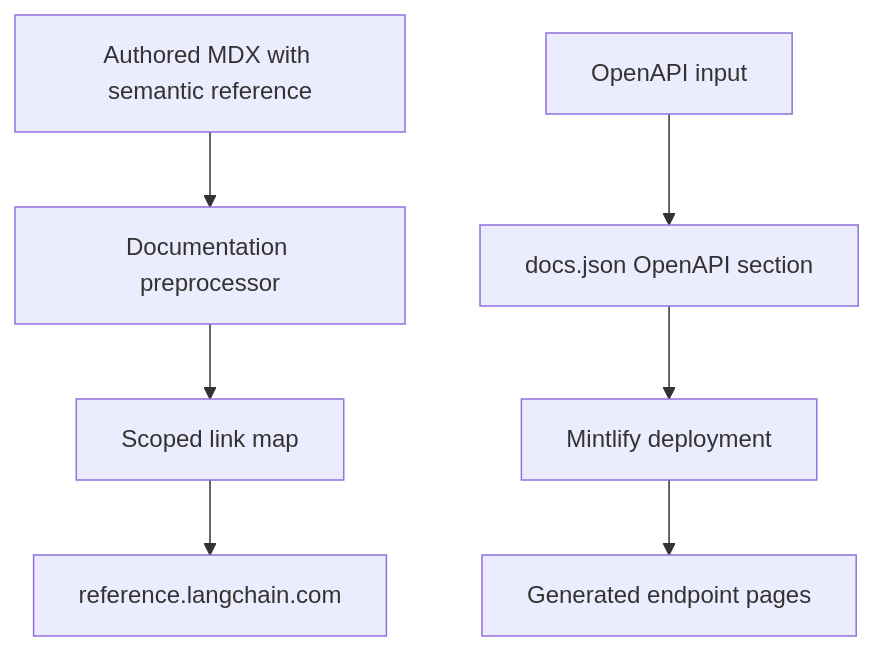
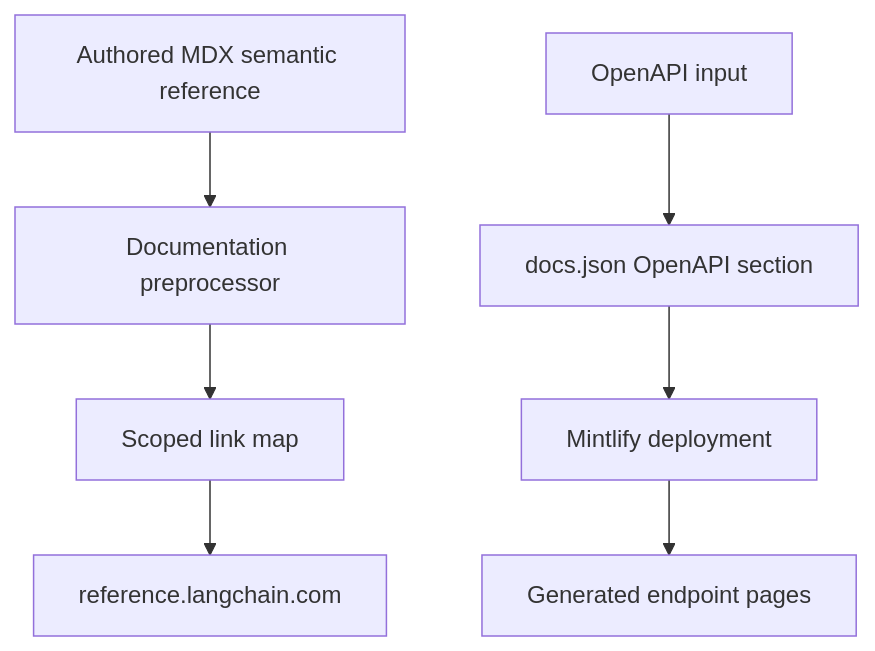
The diagram in openwiki/integrations/reference-docs.md (langchain-ai/docs), drawn with Mermaid before and after one commit. The commit also changed other lines of this file and 18 other files, not shown here.

````diff
--- a/openwiki/integrations/reference-docs.md
+++ b/openwiki/integrations/reference-docs.md
@@ -52,9 +52,9 @@
 ```mermaid
 flowchart TD
-  Author["Authored MDX with semantic reference"] --> Preprocess["Documentation preprocessor"]
+  Author["Authored MDX semantic reference"] --> Preprocess["Documentation preprocessor"]
   Preprocess --> Map["Scoped link map"]
   Map --> External["reference.langchain.com"]
-  Spec["OpenAPI input"] --> MintConfig["docs.json OpenAPI section"]
-  MintConfig --> Deploy["Mintlify deployment"]
-  Deploy --> ApiPages["Generated endpoint pages"]
+  Spec["OpenAPI input"] --> Config["docs.json OpenAPI section"]
+  Config --> Deploy["Mintlify deployment"]
+  Deploy --> Pages["Generated endpoint pages"]
 ```
````
